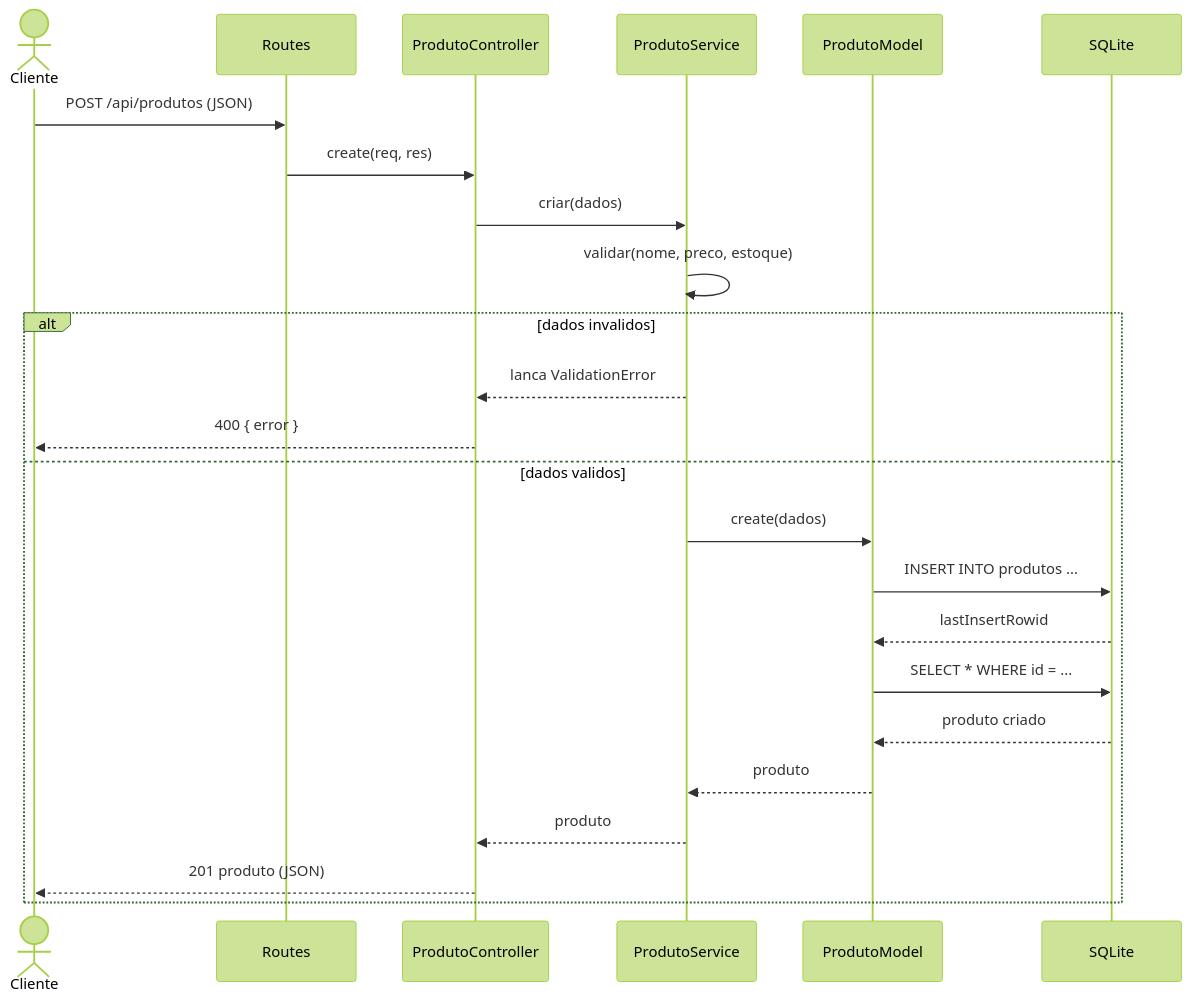
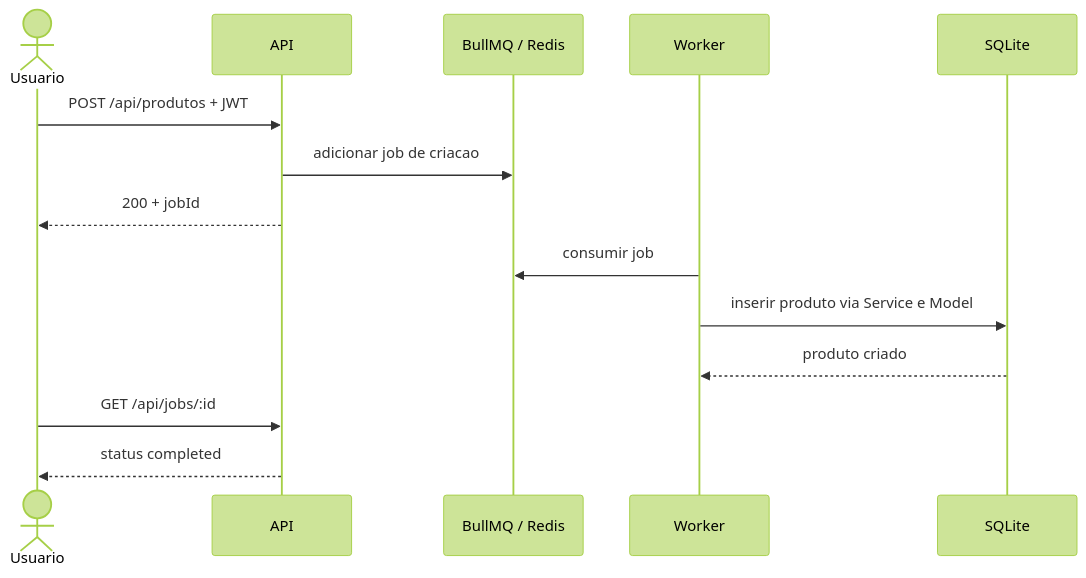
Before and after one commit to devmatheusramos/tcc-api-mvc: the fifth of 6 diagrams in docs/architecture.md, drawn with Mermaid (forest theme). The commit also changed other lines of this file and 8 other files, not shown here.

````diff
--- a/docs/architecture.md
+++ b/docs/architecture.md
@@ -46,27 +81,17 @@
 ```mermaid
 sequenceDiagram
-    actor Cliente
-    participant Routes
-    participant Controller as ProdutoController
-    participant Service as ProdutoService
-    participant Model as ProdutoModel
+    actor Usuario
+    participant API
+    participant Fila as BullMQ / Redis
+    participant Worker
     participant DB as SQLite
 
-    Cliente->>Routes: POST /api/produtos (JSON)
-    Routes->>Controller: create(req, res)
-    Controller->>Service: criar(dados)
-    Service->>Service: validar(nome, preco, estoque)
-    alt dados invalidos
-        Service-->>Controller: lanca ValidationError
-        Controller-->>Cliente: 400 { error }
-    else dados validos
-        Service->>Model: create(dados)
-        Model->>DB: INSERT INTO produtos ...
-        DB-->>Model: lastInsertRowid
-        Model->>DB: SELECT * WHERE id = ...
-        DB-->>Model: produto criado
-        Model-->>Service: produto
-        Service-->>Controller: produto
-        Controller-->>Cliente: 201 produto (JSON)
-    end
+    Usuario->>API: POST /api/produtos + JWT
+    API->>Fila: adicionar job de criacao
+    API-->>Usuario: 200 + jobId
+    Worker->>Fila: consumir job
+    Worker->>DB: inserir produto via Service e Model
+    DB-->>Worker: produto criado
+    Usuario->>API: GET /api/jobs/:id
+    API-->>Usuario: status completed
 ```
````
